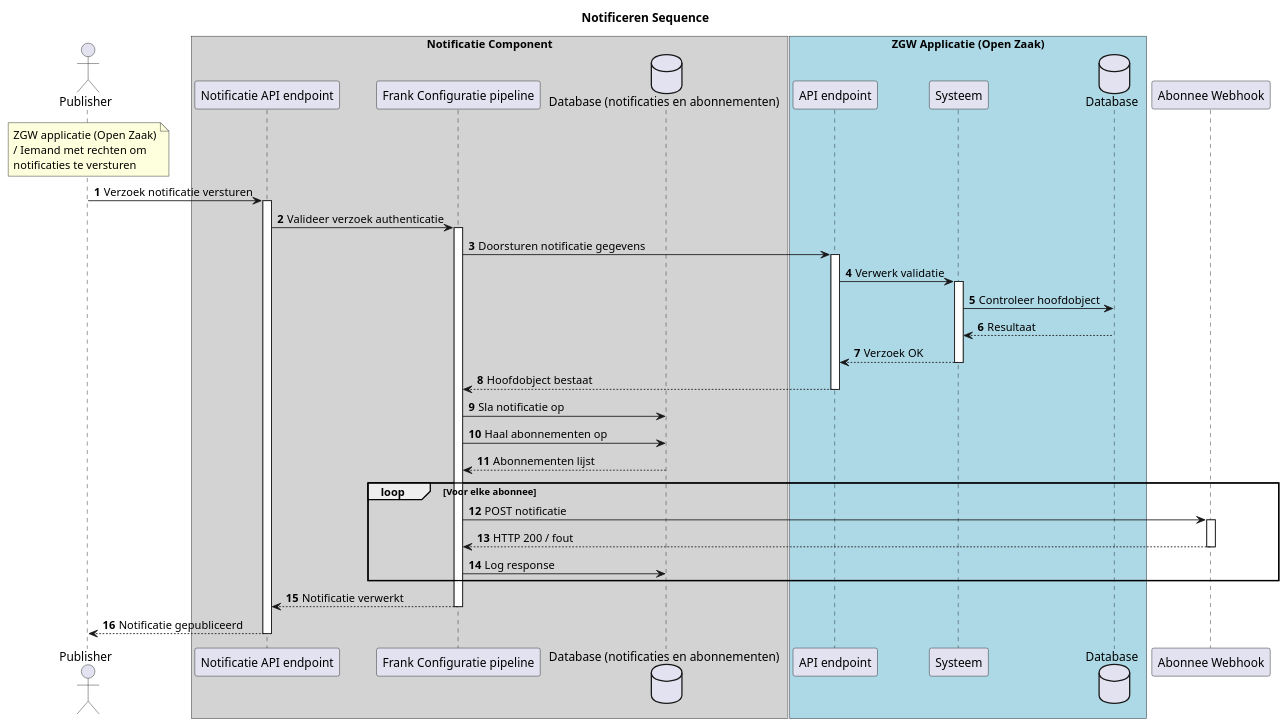
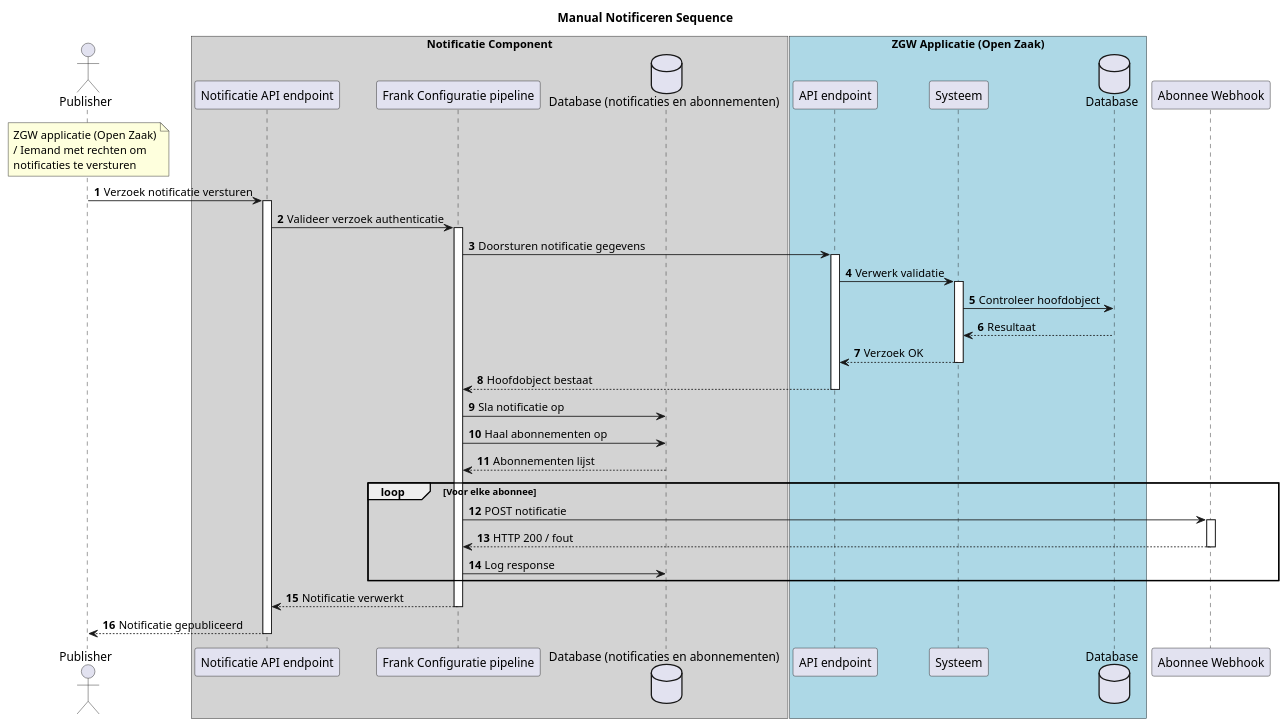
One commit to RikIsFrank/Notificatie-Component changed the first of 2 diagrams in diagrams/Notificeren.puml. Above: the diagram before and after it, drawn with PlantUML. The commit also changed other lines of this file and 25 other files, not shown here.

```diff
--- a/diagrams/Notificeren.puml
+++ b/diagrams/Notificeren.puml
@@ -1,65 +1,65 @@
 @startuml
 autonumber
-title Notificeren Sequence
+title Manual Notificeren Sequence
 
 actor Publisher
 note over Publisher
 ZGW applicatie (Open Zaak)
 / Iemand met rechten om
 notificaties te versturen
 end note
 
 box "Notificatie Component" #LightGray
 participant WAFAPI as "Notificatie API endpoint"
 participant WAFConfig as "Frank Configuratie pipeline"
 database WAFDB as "Database (notificaties en abonnementen)"
 end box
 
 box "ZGW Applicatie (Open Zaak)" #LightBlue
 participant ZGWAPI as "API endpoint"
 participant ZGWSys as "Systeem"
 database ZGWDB as "Database"
 end box
 
 participant Webhook as "Abonnee Webhook"
 
 Publisher -> WAFAPI : Verzoek notificatie versturen
 activate WAFAPI
 
 WAFAPI -> WAFConfig : Valideer verzoek authenticatie
 activate WAFConfig
 
 WAFConfig -> ZGWAPI : Doorsturen notificatie gegevens
 activate ZGWAPI
 
 ZGWAPI -> ZGWSys : Verwerk validatie
 activate ZGWSys
 
 ZGWSys -> ZGWDB : Controleer hoofdobject
 ZGWDB --> ZGWSys : Resultaat
 
 ZGWSys --> ZGWAPI : Verzoek OK
 deactivate ZGWSys
 
 ZGWAPI --> WAFConfig : Hoofdobject bestaat
 deactivate ZGWAPI
 
 WAFConfig -> WAFDB : Sla notificatie op
 WAFConfig -> WAFDB : Haal abonnementen op
 WAFDB --> WAFConfig : Abonnementen lijst
 
 loop Voor elke abonnee
     WAFConfig -> Webhook : POST notificatie
     activate Webhook
     Webhook --> WAFConfig : HTTP 200 / fout
     deactivate Webhook
     WAFConfig -> WAFDB : Log response
 end
 
 WAFConfig --> WAFAPI : Notificatie verwerkt
 deactivate WAFConfig
 
 WAFAPI --> Publisher : Notificatie gepubliceerd
 deactivate WAFAPI
 
 @enduml
```
